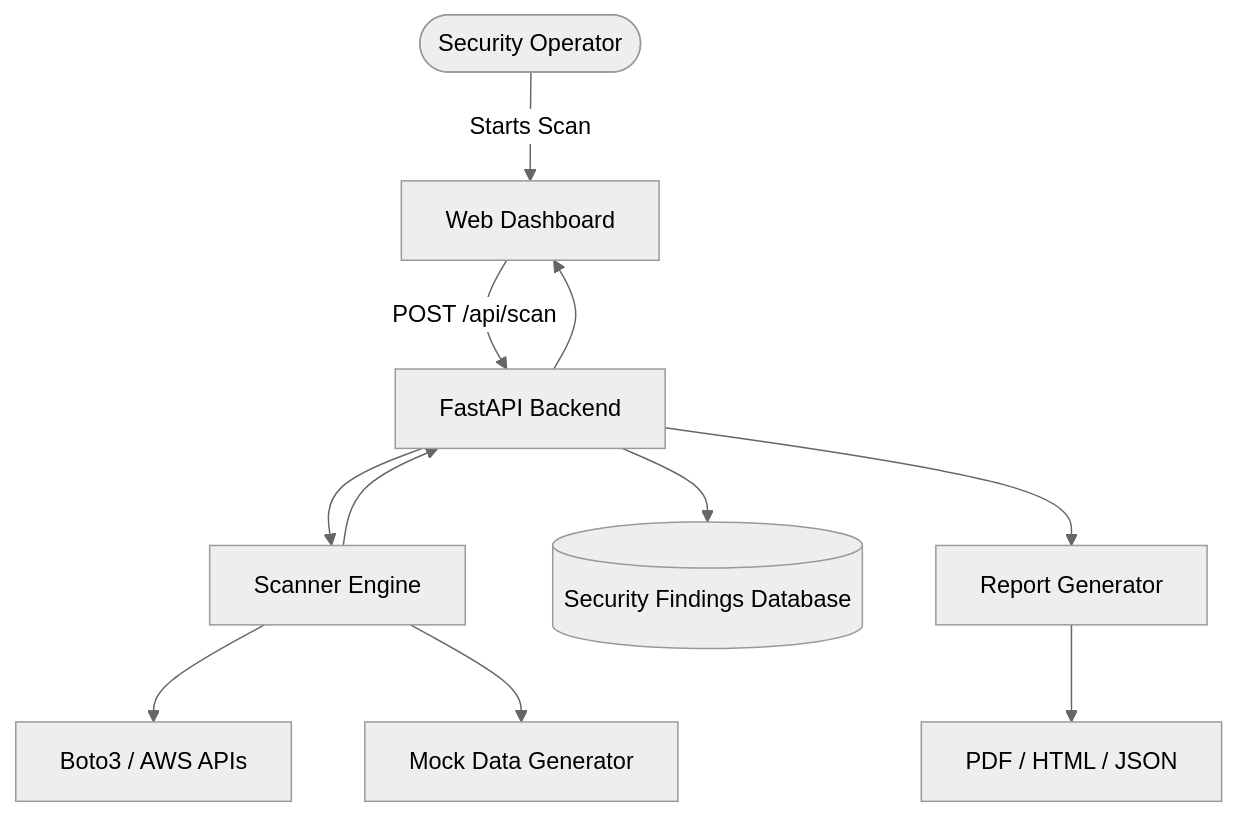
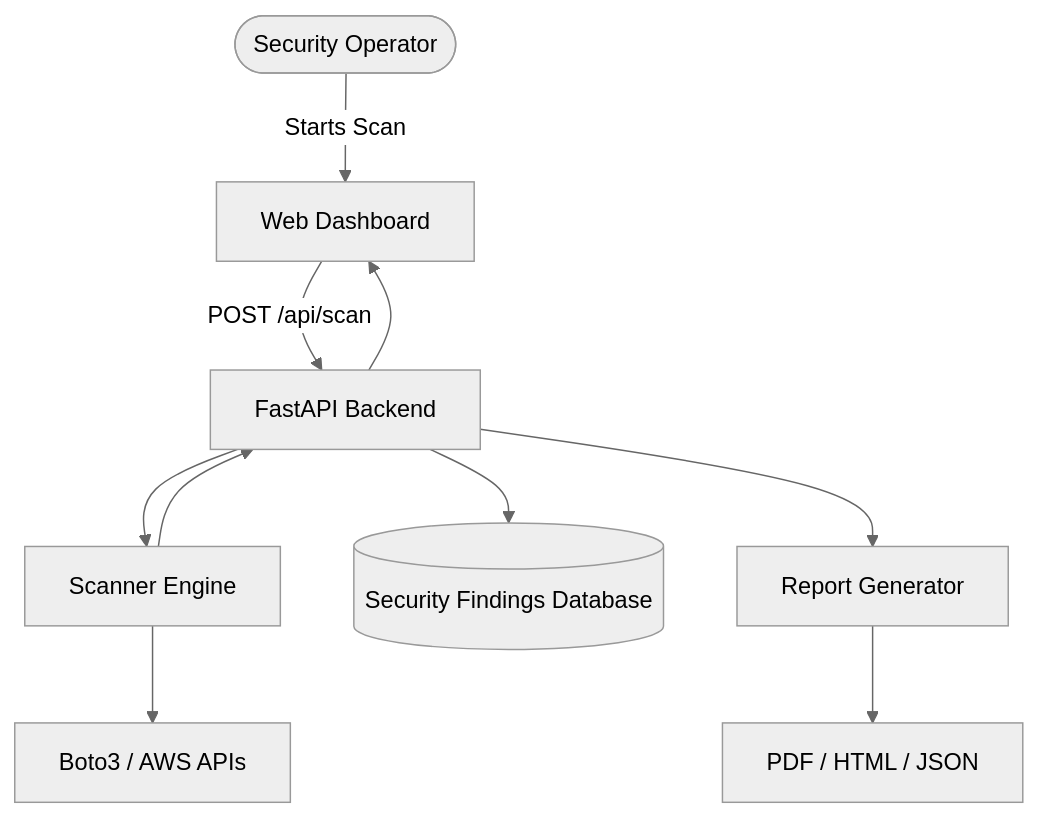
One commit to perkyPearl/Aegis-Cloud-Sentinel-AI-Powered-AWS-Cloud-Security-Platform changed the diagram in ReadMe.md. Above: the diagram before and after it, drawn with Mermaid (neutral theme). The commit also changed other lines of this file and 8 other files, not shown here.

````diff
--- a/ReadMe.md
+++ b/ReadMe.md
@@ -41,21 +41,20 @@
 ```mermaid
 graph TD
     User([Security Operator]) -->|Starts Scan| UI[Web Dashboard]
 
     UI -->|POST /api/scan| API[FastAPI Backend]
 
     API --> Engine[Scanner Engine]
 
     Engine --> AWS[Boto3 / AWS APIs]
-    Engine --> Mock[Mock Data Generator]
-
+    
     Engine --> API
 
     API --> DB[(Security Findings Database)]
 
     API --> Reports[Report Generator]
 
     Reports --> Output[PDF / HTML / JSON]
 
     API --> UI
 ```
````
